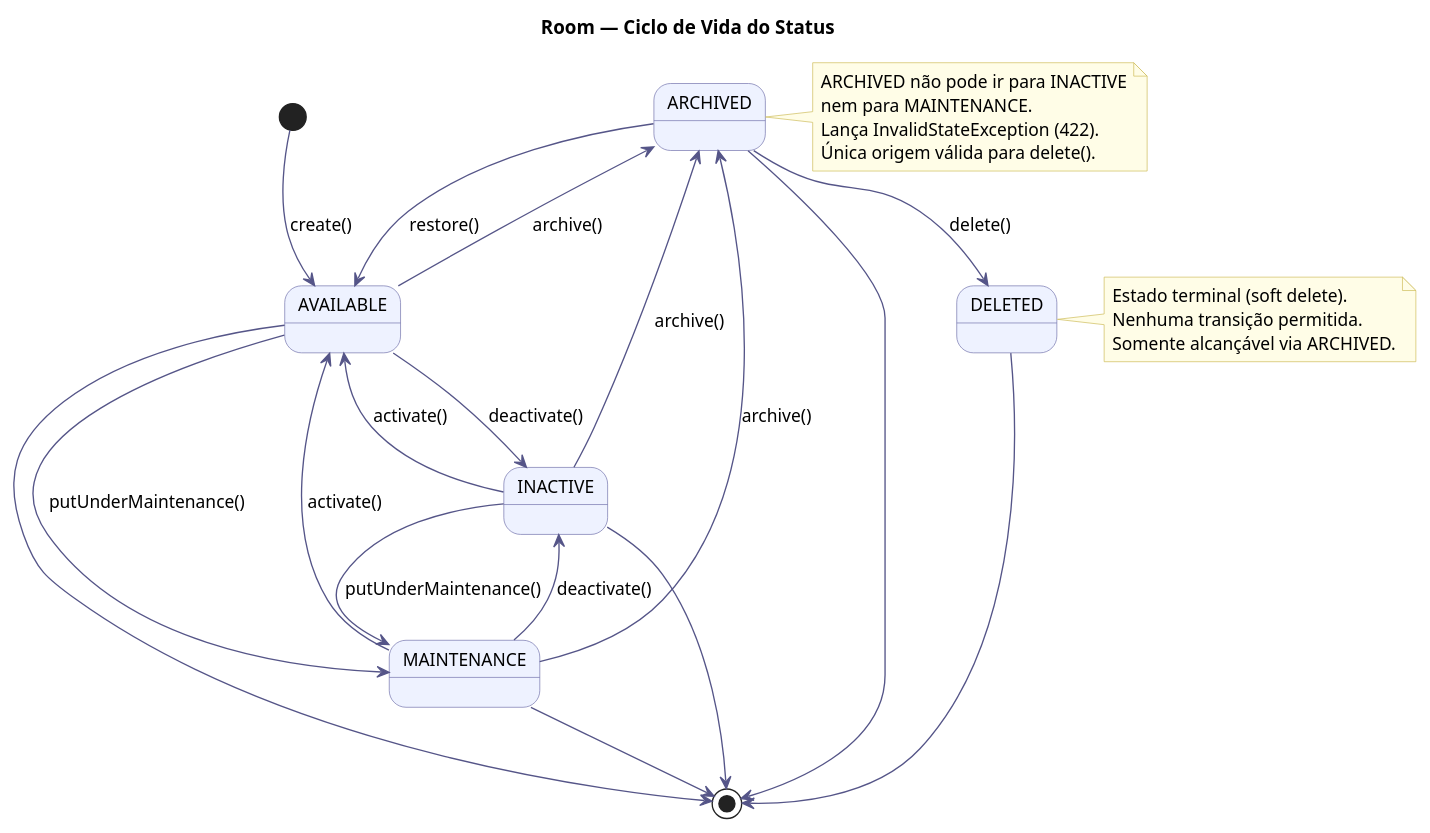
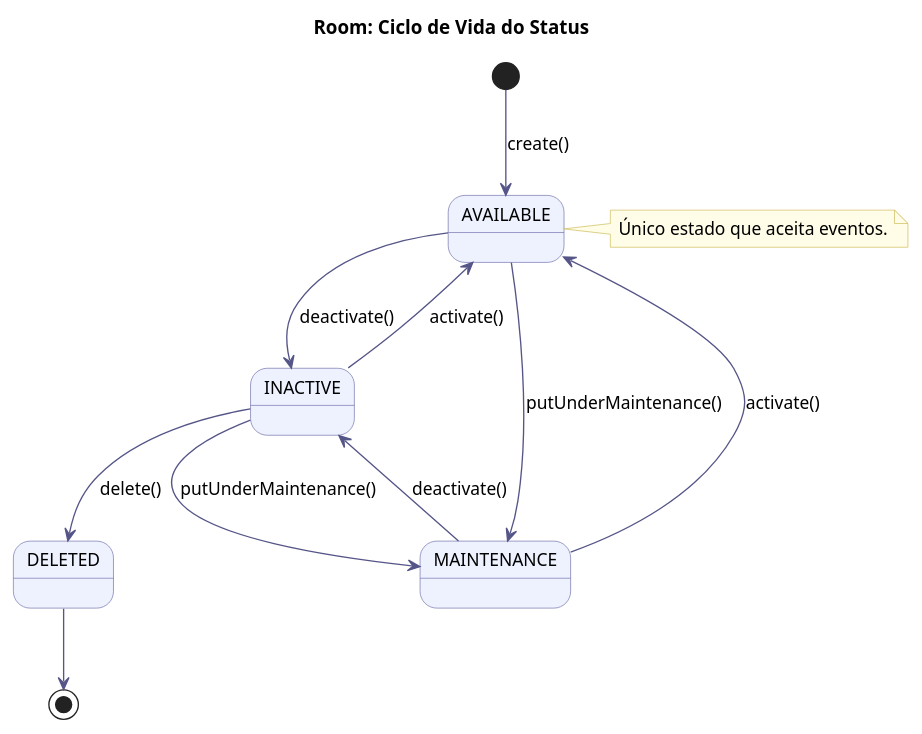
One commit to Neoguara/rooms-diagrams changed the diagram in src/plantuml/estado/room_status.puml. Above: the diagram before and after it, drawn with PlantUML. The commit also changed 7 other files, not shown here.

Commit message:
update diagrams

```diff
--- a/src/plantuml/estado/room_status.puml
+++ b/src/plantuml/estado/room_status.puml
@@ -1,50 +1,32 @@
 @startuml room_status
 
-title Room — Ciclo de Vida do Status
+title Room: Ciclo de Vida do Status
 
 skinparam state {
   BackgroundColor #EEF2FF
   BorderColor #7070AA
   ArrowColor #555588
   FontSize 13
 }
 skinparam noteBackgroundColor #FFFDE7
 skinparam noteBorderColor #CCBB55
 
 [*] --> AVAILABLE : create()
 
 AVAILABLE   --> INACTIVE    : deactivate()
-AVAILABLE   --> ARCHIVED    : archive()
 AVAILABLE   --> MAINTENANCE : putUnderMaintenance()
-AVAILABLE   --> [*]
-
-INACTIVE    --> AVAILABLE   : activate()
-INACTIVE    --> ARCHIVED    : archive()
-INACTIVE    --> MAINTENANCE : putUnderMaintenance()
-INACTIVE    --> [*]
 
 MAINTENANCE --> AVAILABLE   : activate()
 MAINTENANCE --> INACTIVE    : deactivate()
-MAINTENANCE --> ARCHIVED    : archive()
-MAINTENANCE --> [*]
 
-ARCHIVED    --> AVAILABLE   : restore()
-ARCHIVED    --> DELETED     : delete()
-ARCHIVED    --> [*]
+INACTIVE    --> AVAILABLE   : activate()
+INACTIVE    --> MAINTENANCE : putUnderMaintenance()
+INACTIVE    --> DELETED     : delete()
 
 DELETED --> [*]
 
-note right of ARCHIVED
-  ARCHIVED não pode ir para INACTIVE
-  nem para MAINTENANCE.
-  Lança InvalidStateException (422).
-  Única origem válida para delete().
-end note
-
-note right of DELETED
-  Estado terminal (soft delete).
-  Nenhuma transição permitida.
-  Somente alcançável via ARCHIVED.
+note right of AVAILABLE
+  Único estado que aceita eventos.
 end note
 
 @enduml
```
